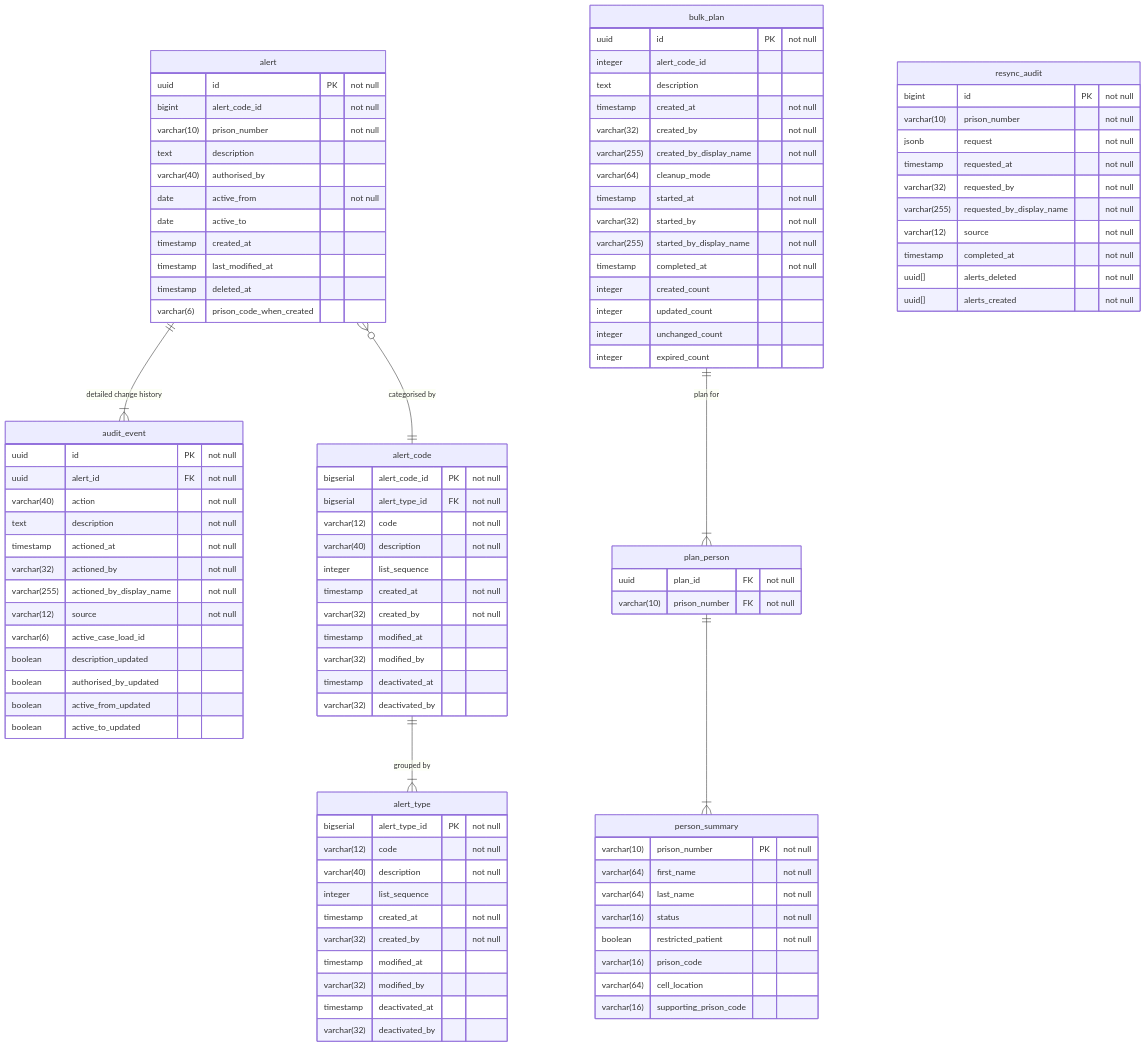
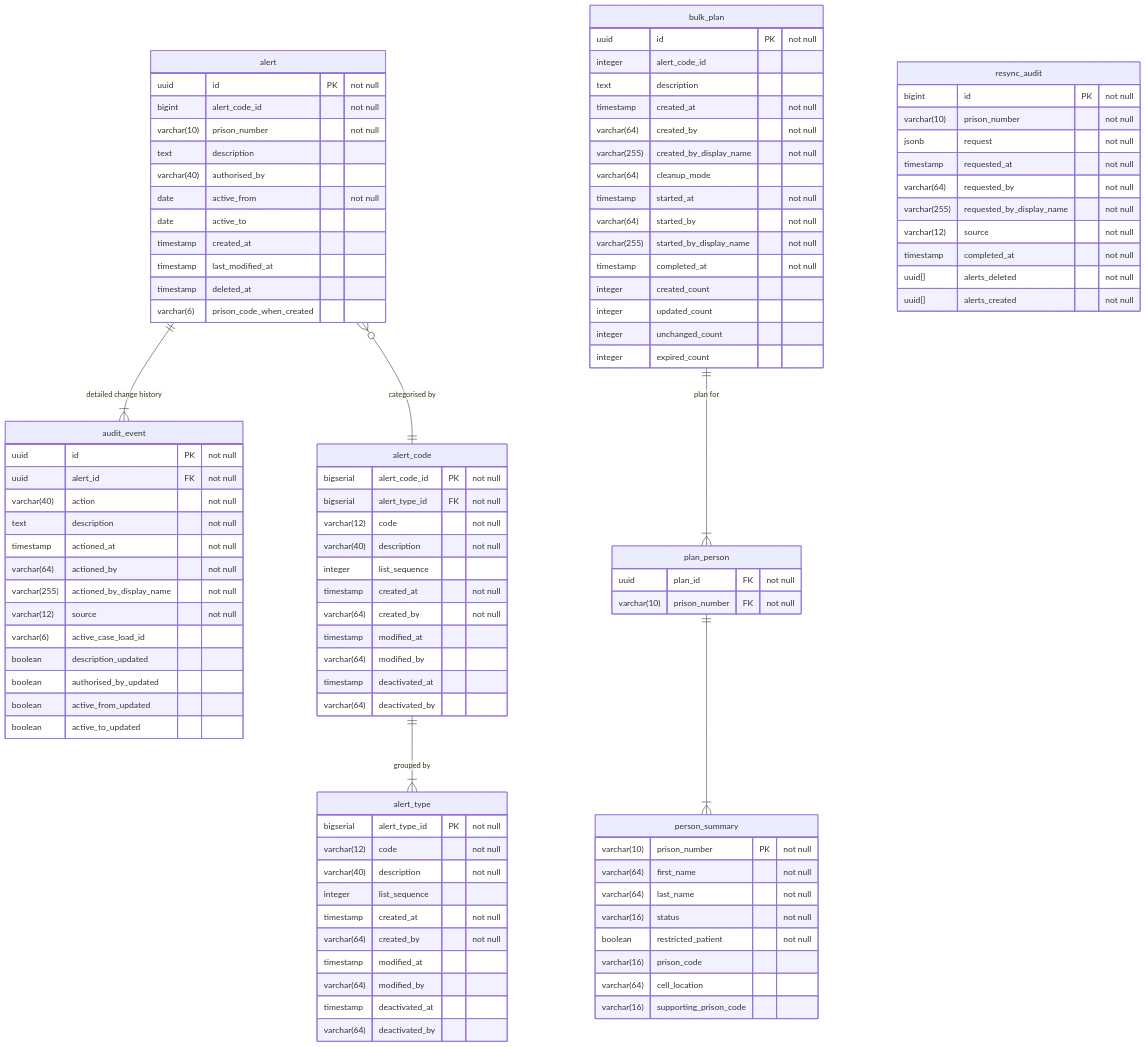
One commit to ministryofjustice/hmpps-alerts-api changed the diagram in datamodel.mermaid. Above: the diagram before and after it, drawn with Mermaid. The commit also changed 2 other files, not shown here.

```diff
--- a/datamodel.mermaid
+++ b/datamodel.mermaid
@@ -1,110 +1,110 @@
 erDiagram
     alert one to one or more audit_event : "detailed change history"
     alert many to one alert_code : "categorised by"
     alert_code one to one or more alert_type : "grouped by"
     bulk_plan one to one or more plan_person : "plan for"
     plan_person one to one or more person_summary : ""
 
     alert {
         uuid id PK "not null"
         bigint alert_code_id "not null"
         varchar(10) prison_number "not null"
         text description
         varchar(40) authorised_by
         date active_from "not null"
         date active_to
         timestamp created_at
         timestamp last_modified_at
         timestamp deleted_at
         varchar(6) prison_code_when_created
     }
 
     audit_event {
         uuid id PK "not null"
         uuid alert_id FK "not null"
         varchar(40) action "not null"
         text description "not null"
         timestamp actioned_at "not null"
-        varchar(32) actioned_by "not null"
+        varchar(64) actioned_by "not null"
         varchar(255) actioned_by_display_name "not null"
         varchar(12) source "not null"
         varchar(6) active_case_load_id
         boolean description_updated
         boolean authorised_by_updated
         boolean active_from_updated
         boolean active_to_updated
     }
 
     alert_code {
         bigserial alert_code_id PK "not null"
         bigserial alert_type_id FK "not null"
         varchar(12) code "not null"
         varchar(40) description "not null"
         integer list_sequence
         timestamp created_at "not null"
-        varchar(32) created_by "not null"
+        varchar(64) created_by "not null"
         timestamp modified_at
-        varchar(32) modified_by
+        varchar(64) modified_by
         timestamp deactivated_at
-        varchar(32) deactivated_by
+        varchar(64) deactivated_by
     }
 
     alert_type {
         bigserial alert_type_id PK "not null"
         varchar(12) code "not null"
         varchar(40) description "not null"
         integer list_sequence
         timestamp created_at "not null"
-        varchar(32) created_by "not null"
+        varchar(64) created_by "not null"
         timestamp modified_at
-        varchar(32) modified_by
+        varchar(64) modified_by
         timestamp deactivated_at
-        varchar(32) deactivated_by
+        varchar(64) deactivated_by
     }
 
     bulk_plan {
         uuid id PK "not null"
         integer alert_code_id
         text description
         timestamp created_at "not null"
-        varchar(32) created_by "not null"
+        varchar(64) created_by "not null"
         varchar(255) created_by_display_name "not null"
         varchar(64) cleanup_mode
         timestamp started_at "not null"
-        varchar(32) started_by "not null"
+        varchar(64) started_by "not null"
         varchar(255) started_by_display_name "not null"
         timestamp completed_at "not null"
         integer created_count
         integer updated_count
         integer unchanged_count
         integer expired_count
     }
 
     plan_person {
         uuid plan_id FK "not null"
         varchar(10) prison_number FK "not null"
     }
 
     person_summary {
         varchar(10) prison_number PK "not null"
         varchar(64) first_name "not null"
         varchar(64) last_name "not null"
         varchar(16) status "not null"
         boolean restricted_patient "not null"
         varchar(16) prison_code
         varchar(64) cell_location
         varchar(16) supporting_prison_code
     }
 
     resync_audit {
         bigint id PK "not null"
         varchar(10) prison_number "not null"
         jsonb request "not null"
         timestamp requested_at "not null"
-        varchar(32) requested_by "not null"
+        varchar(64) requested_by "not null"
         varchar(255) requested_by_display_name "not null"
         varchar(12) source "not null"
         timestamp completed_at "not null"
         uuid[] alerts_deleted "not null"
         uuid[] alerts_created "not null"
     }
```
